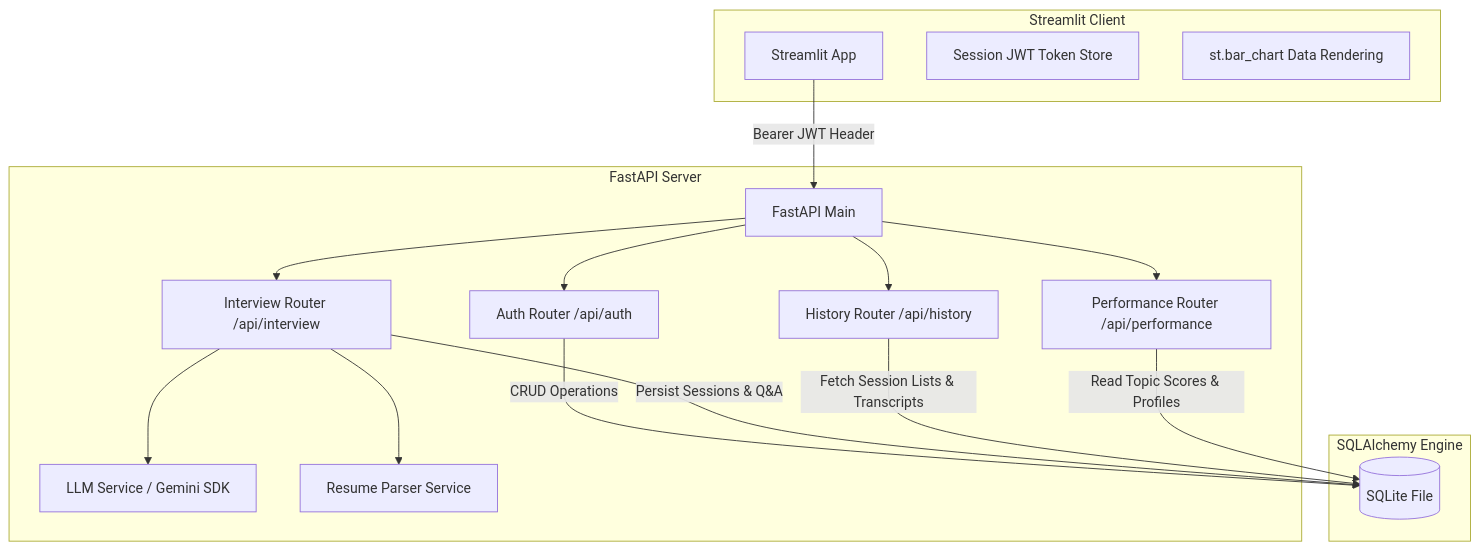
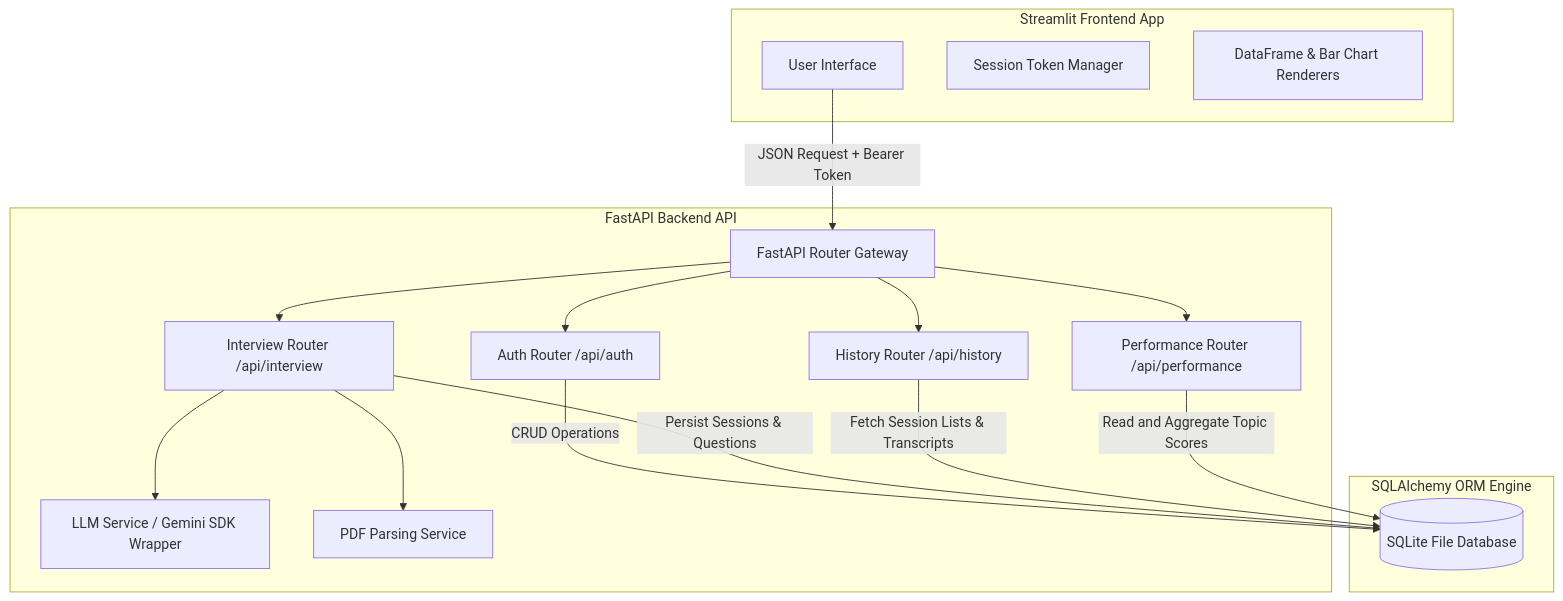
One commit to Shruttik/ai-interview-assistant changed the first of 5 diagrams in README.md. Above: the diagram before and after it, drawn with Mermaid. The commit also changed other lines of this file, not shown here.

Commit message:
docs: Redesign README with technical sequence diagrams, database structures, and zero emojis

````diff
--- a/README.md
+++ b/README.md
@@ -27,34 +40,34 @@
 ```mermaid
 graph TD
-    subgraph Frontend [Streamlit Client]
-        UI[Streamlit App]
-        AuthStore[Session JWT Token Store]
-        Charts[st.bar_chart Data Rendering]
+    subgraph Streamlit_Client [Streamlit Frontend App]
+        UI[User Interface]
+        AuthStore[Session Token Manager]
+        Charts[DataFrame & Bar Chart Renderers]
     end
 
-    subgraph Backend [FastAPI Server]
-        API[FastAPI Main]
+    subgraph FastAPI_Server [FastAPI Backend API]
+        API[FastAPI Router Gateway]
         AuthRoute[Auth Router /api/auth]
         CoachRoute[Interview Router /api/interview]
         PerfRoute[Performance Router /api/performance]
         HistRoute[History Router /api/history]
-        LLM[LLM Service / Gemini SDK]
-        PDF[Resume Parser Service]
+        LLM[LLM Service / Gemini SDK Wrapper]
+        PDF[PDF Parsing Service]
     end
 
-    subgraph Database [SQLAlchemy Engine]
-        DB[(SQLite File)]
+    subgraph Relational_Database [SQLAlchemy ORM Engine]
+        DB[(SQLite File Database)]
     end
 
-    UI -->|Bearer JWT Header| API
+    UI -->|JSON Request + Bearer Token| API
     API --> AuthRoute
     API --> CoachRoute
     API --> PerfRoute
     API --> HistRoute
     CoachRoute --> LLM
     CoachRoute --> PDF
     AuthRoute -->|CRUD Operations| DB
-    CoachRoute -->|Persist Sessions & Q&A| DB
+    CoachRoute -->|Persist Sessions & Questions| DB
     HistRoute -->|Fetch Session Lists & Transcripts| DB
-    PerfRoute -->|Read Topic Scores & Profiles| DB
+    PerfRoute -->|Read and Aggregate Topic Scores| DB
 ```
````
